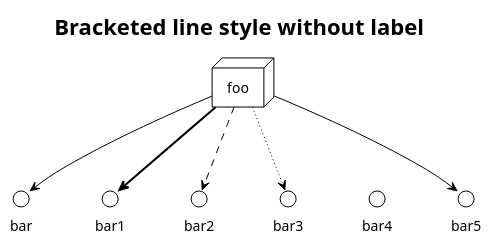
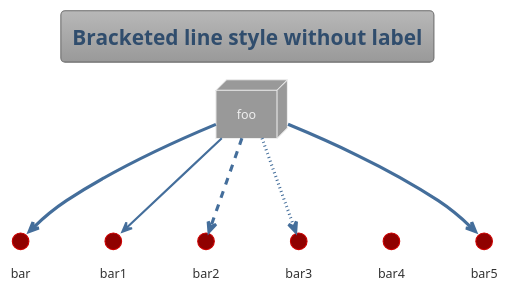
One commit to adautomendes/plantUmlAutomation changed the diagram in diagrams/deploymentDiagram.puml. Above: the diagram before and after it, drawn with PlantUML. The commit also changed 5 other files, not shown here.

Commit message:
Change theme to spacelab

```diff
--- a/diagrams/deploymentDiagram.puml
+++ b/diagrams/deploymentDiagram.puml
@@ -1,12 +1,12 @@
 @startuml
-!theme plain
+!theme spacelab
 
 node foo
 title Bracketed line style without label
 foo --> bar
 foo -[bold]-> bar1
 foo -[dashed]-> bar2
 foo -[dotted]-> bar3
 foo -[hidden]-> bar4
 foo -[plain]-> bar5
 @enduml
```
